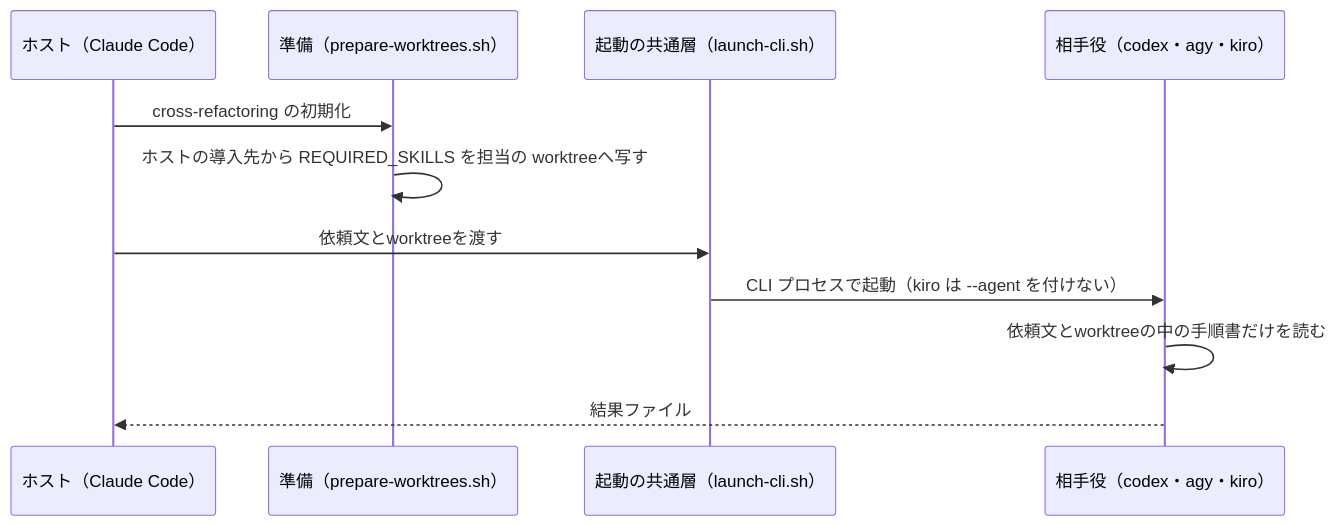
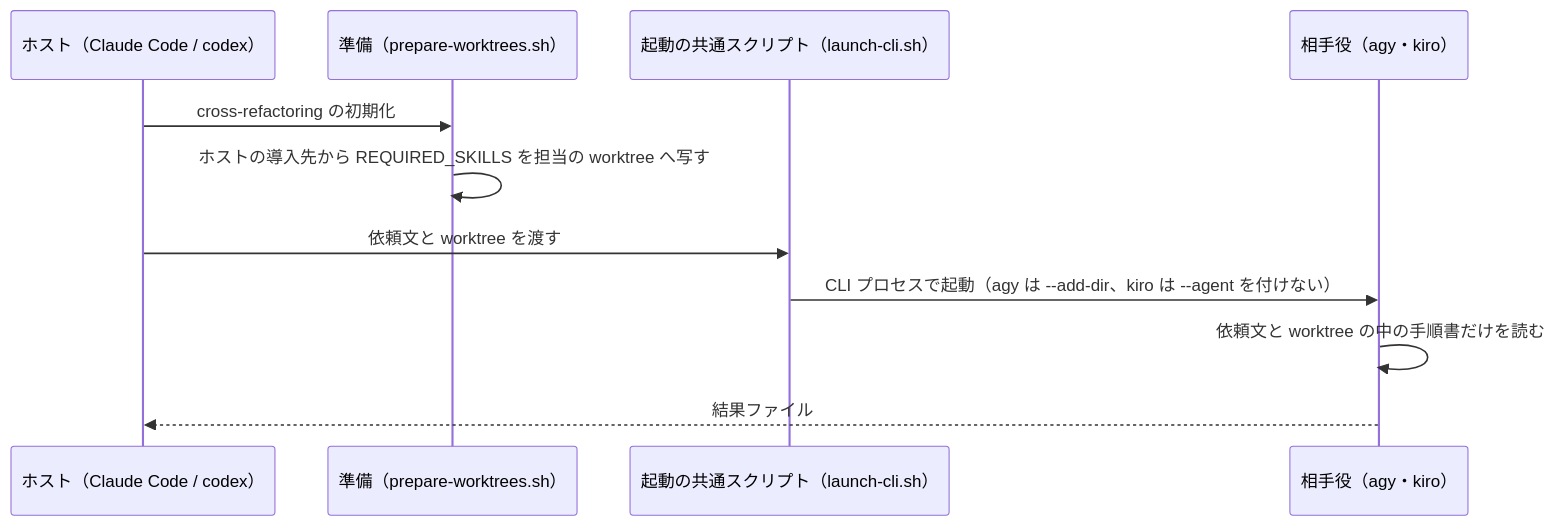
Before and after one commit to devbasex/ai-plugins: the second of 3 diagrams in issues/issue-2231-design.md, drawn with Mermaid. The commit also changed other lines of this file and 3 other files, not shown here.

Commit message:
Docs: #2231 の設計を、配布を Claude Code と codex に限り agy・kiro を相手役だけにする方針へ書き直す

````diff
--- a/issues/issue-2231-design.md
+++ b/issues/issue-2231-design.md
@@ -219,13 +167,13 @@
 ```mermaid
 sequenceDiagram
-    participant H as ホスト（Claude Code）
+    participant H as ホスト（Claude Code / codex）
     participant P as 準備（prepare-worktrees.sh）
-    participant L as 起動の共通層（launch-cli.sh）
-    participant R as 相手役（codex・agy・kiro）
+    participant L as 起動の共通スクリプト（launch-cli.sh）
+    participant R as 相手役（agy・kiro）
     H->>P: cross-refactoring の初期化
-    P->>P: ホストの導入先から REQUIRED_SKILLS を担当の worktreeへ写す
-    H->>L: 依頼文とworktreeを渡す
-    L->>R: CLI プロセスで起動（kiro は --agent を付けない）
-    R->>R: 依頼文とworktreeの中の手順書だけを読む
+    P->>P: ホストの導入先から REQUIRED_SKILLS を担当の worktree へ写す
+    H->>L: 依頼文と worktree を渡す
+    L->>R: CLI プロセスで起動（agy は --add-dir、kiro は --agent を付けない）
+    R->>R: 依頼文と worktree の中の手順書だけを読む
     R-->>H: 結果ファイル
 ```
````
